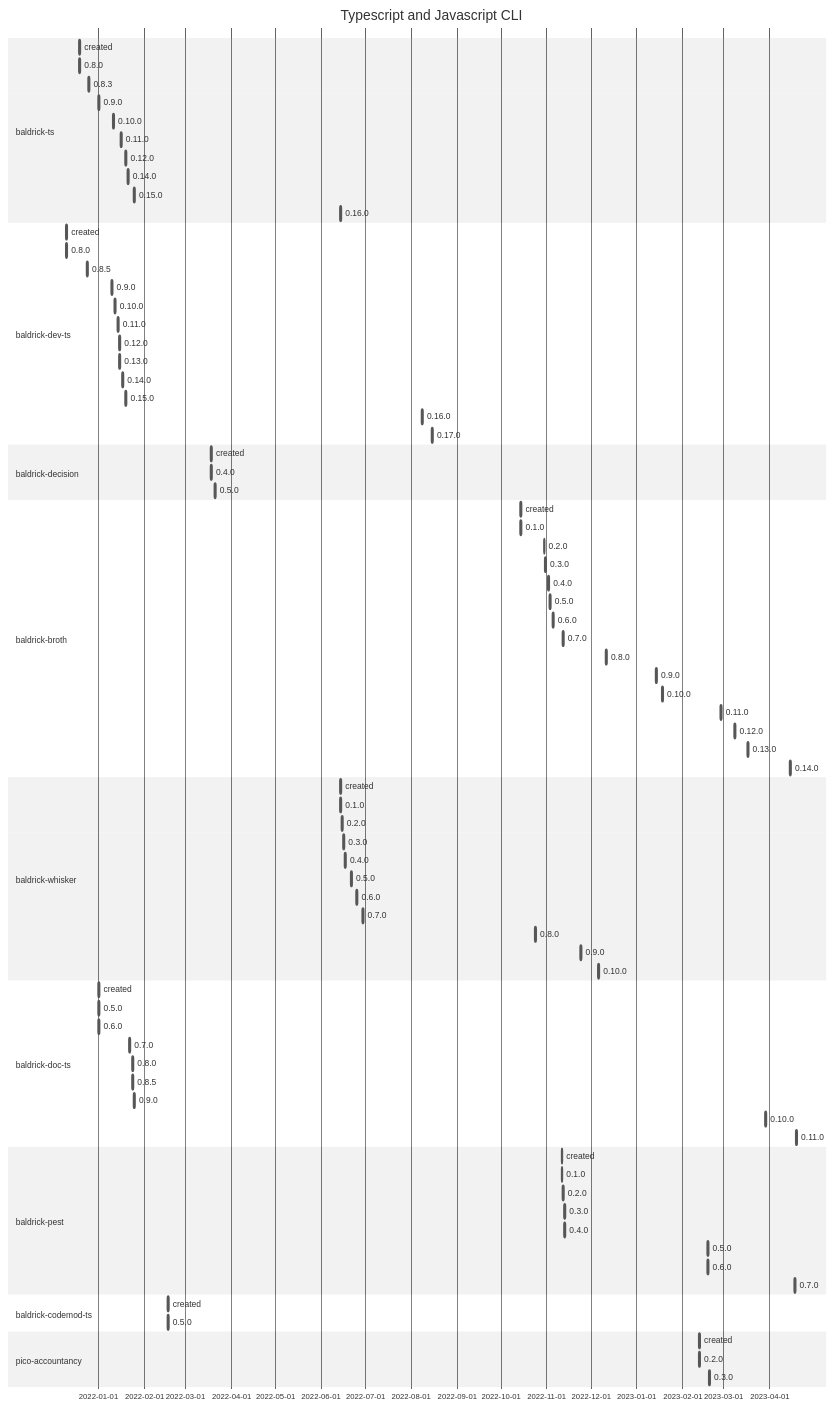
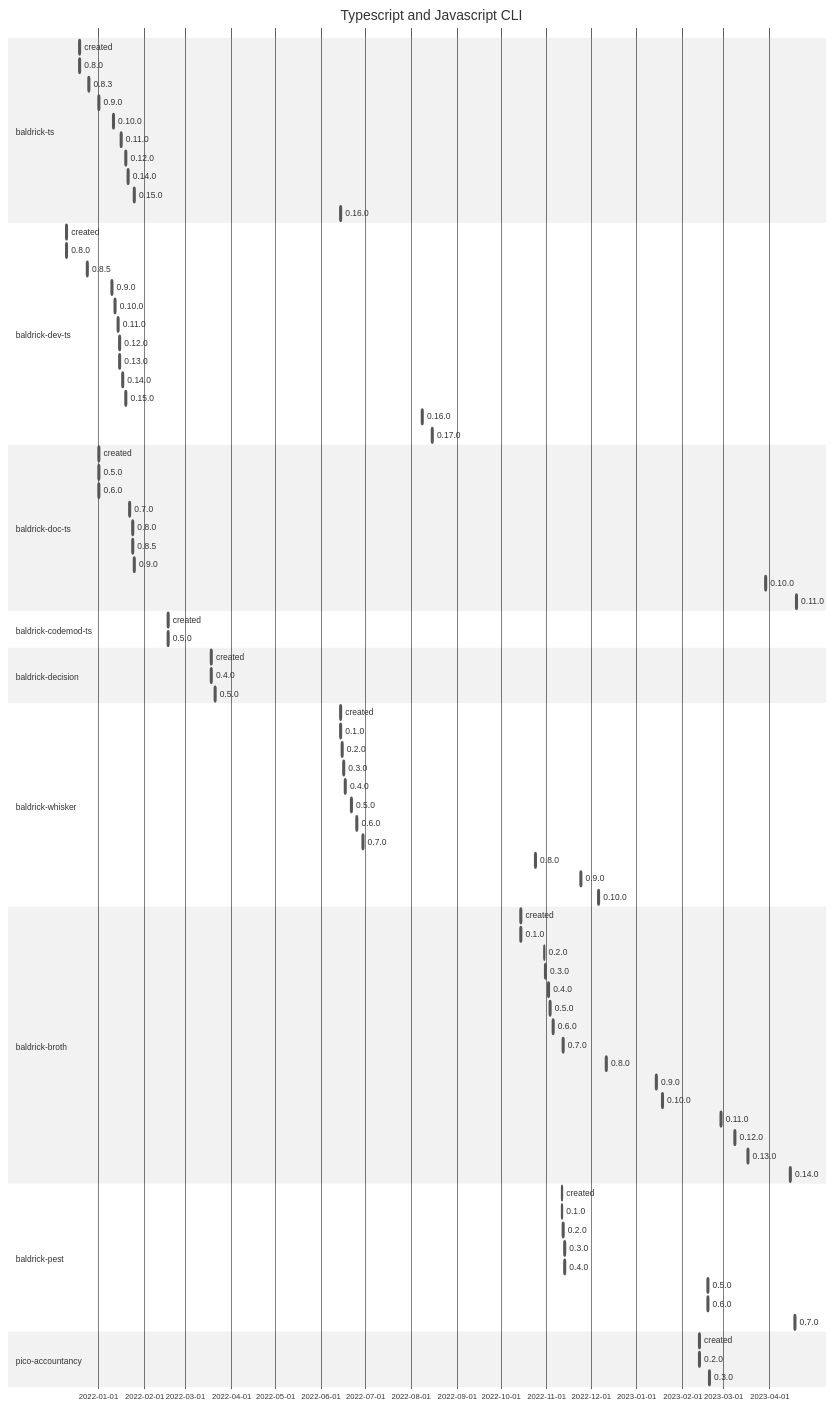
One commit to flarebyte/overview changed the third of 4 diagrams in SOFTWARE-TIMELINE.md. Above: the diagram before and after it, drawn with Mermaid (neutral theme). The commit also changed other lines of this file and 1 other file, not shown here.

```diff
--- a/SOFTWARE-TIMELINE.md
+++ b/SOFTWARE-TIMELINE.md
@@ -137,10 +137,41 @@
     0.17.0:, 2022-08-15, 1d
 
 
+    section baldrick-doc-ts
+    created:, 2022-01-01, 1d
+    0.5.0:, 2022-01-01, 1d
+    0.6.0:, 2022-01-01, 1d
+    0.7.0:, 2022-01-22, 1d
+    0.8.0:, 2022-01-24, 1d
+    0.8.5:, 2022-01-24, 1d
+    0.9.0:, 2022-01-25, 1d
+    0.10.0:, 2023-03-29, 1d
+    0.11.0:, 2023-04-19, 1d
+
+
+    section baldrick-codemod-ts
+    created:, 2022-02-17, 1d
+    0.5.0:, 2022-02-17, 1d
+
+
     section baldrick-decision
     created:, 2022-03-18, 1d
     0.4.0:, 2022-03-18, 1d
     0.5.0:, 2022-03-21, 1d
+
+
+    section baldrick-whisker
+    created:, 2022-06-14, 1d
+    0.1.0:, 2022-06-14, 1d
+    0.2.0:, 2022-06-15, 1d
+    0.3.0:, 2022-06-16, 1d
+    0.4.0:, 2022-06-17, 1d
+    0.5.0:, 2022-06-21, 1d
+    0.6.0:, 2022-06-25, 1d
+    0.7.0:, 2022-06-29, 1d
+    0.8.0:, 2022-10-24, 1d
+    0.9.0:, 2022-11-24, 1d
+    0.10.0:, 2022-12-06, 1d
 
 
     section baldrick-broth
@@ -161,32 +192,6 @@
     0.14.0:, 2023-04-15, 1d
 
 
-    section baldrick-whisker
-    created:, 2022-06-14, 1d
-    0.1.0:, 2022-06-14, 1d
-    0.2.0:, 2022-06-15, 1d
-    0.3.0:, 2022-06-16, 1d
-    0.4.0:, 2022-06-17, 1d
-    0.5.0:, 2022-06-21, 1d
-    0.6.0:, 2022-06-25, 1d
-    0.7.0:, 2022-06-29, 1d
-    0.8.0:, 2022-10-24, 1d
-    0.9.0:, 2022-11-24, 1d
-    0.10.0:, 2022-12-06, 1d
-
-
-    section baldrick-doc-ts
-    created:, 2022-01-01, 1d
-    0.5.0:, 2022-01-01, 1d
-    0.6.0:, 2022-01-01, 1d
-    0.7.0:, 2022-01-22, 1d
-    0.8.0:, 2022-01-24, 1d
-    0.8.5:, 2022-01-24, 1d
-    0.9.0:, 2022-01-25, 1d
-    0.10.0:, 2023-03-29, 1d
-    0.11.0:, 2023-04-19, 1d
-
-
     section baldrick-pest
     created:, 2022-11-11, 1d
     0.1.0:, 2022-11-11, 1d
@@ -198,11 +203,6 @@
     0.7.0:, 2023-04-18, 1d
 
 
-    section baldrick-codemod-ts
-    created:, 2022-02-17, 1d
-    0.5.0:, 2022-02-17, 1d
-
-
     section pico-accountancy
     created:, 2023-02-12, 1d
     0.2.0:, 2023-02-12, 1d
```
